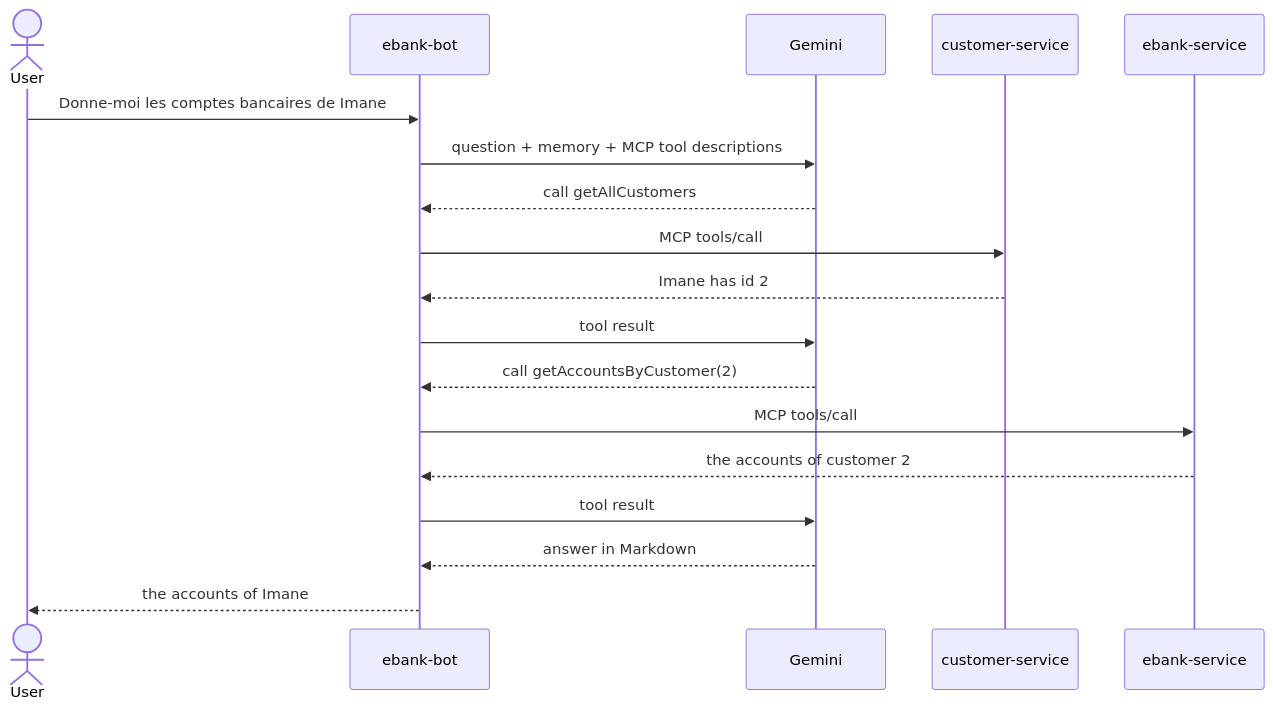
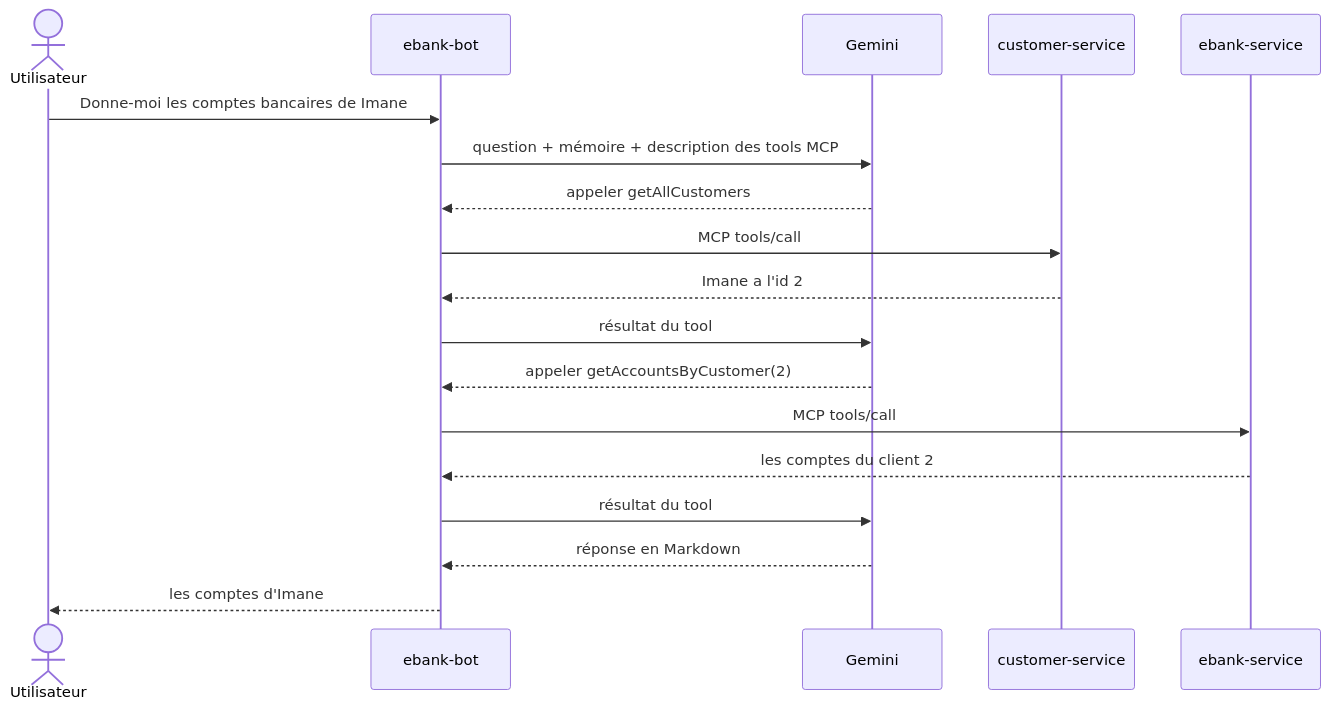
The second of 2 diagrams in README.md (Mustapha-ELMIFDALI/Ebank-App-MicroServices), drawn with Mermaid before and after one commit. The commit also changed other lines of this file, not shown here.

````diff
--- a/README.md
+++ b/README.md
@@ -93,20 +64,20 @@
 ```mermaid
 sequenceDiagram
-    actor U as User
+    actor U as Utilisateur
     participant B as ebank-bot
     participant G as Gemini
     participant C as customer-service
     participant E as ebank-service
     U->>B: Donne-moi les comptes bancaires de Imane
-    B->>G: question + memory + MCP tool descriptions
-    G-->>B: call getAllCustomers
+    B->>G: question + mémoire + description des tools MCP
+    G-->>B: appeler getAllCustomers
     B->>C: MCP tools/call
-    C-->>B: Imane has id 2
-    B->>G: tool result
-    G-->>B: call getAccountsByCustomer(2)
+    C-->>B: Imane a l'id 2
+    B->>G: résultat du tool
+    G-->>B: appeler getAccountsByCustomer(2)
     B->>E: MCP tools/call
-    E-->>B: the accounts of customer 2
-    B->>G: tool result
-    G-->>B: answer in Markdown
-    B-->>U: the accounts of Imane
+    E-->>B: les comptes du client 2
+    B->>G: résultat du tool
+    G-->>B: réponse en Markdown
+    B-->>U: les comptes d'Imane
 ```
````
